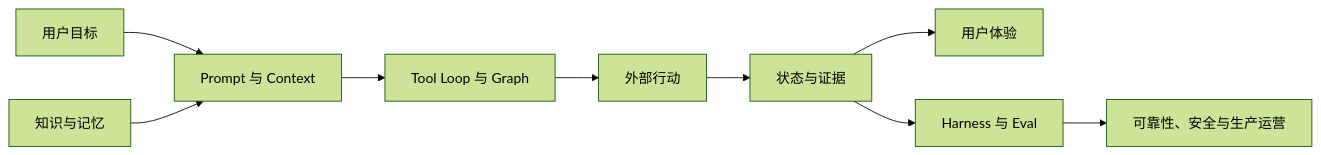
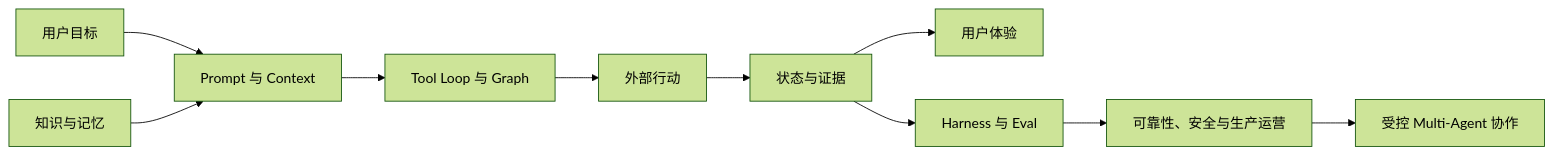
The diagram in diagrams/source/book2-00-introduction-01.mmd (kakarrot-dev/pm-ai-agent-book), drawn with Mermaid (forest theme) before and after one commit. The commit also changed 22 other files, not shown here.

```diff
--- a/diagrams/source/book2-00-introduction-01.mmd
+++ b/diagrams/source/book2-00-introduction-01.mmd
@@ -1,9 +1,10 @@
 flowchart LR
     G[用户目标] --> C[Prompt 与 Context]
     K[知识与记忆] --> C
     C --> L[Tool Loop 与 Graph]
     L --> X[外部行动]
     X --> S[状态与证据]
     S --> E[用户体验]
     S --> V[Harness 与 Eval]
     V --> P[可靠性、安全与生产运营]
+    P --> M[受控 Multi-Agent 协作]
```
